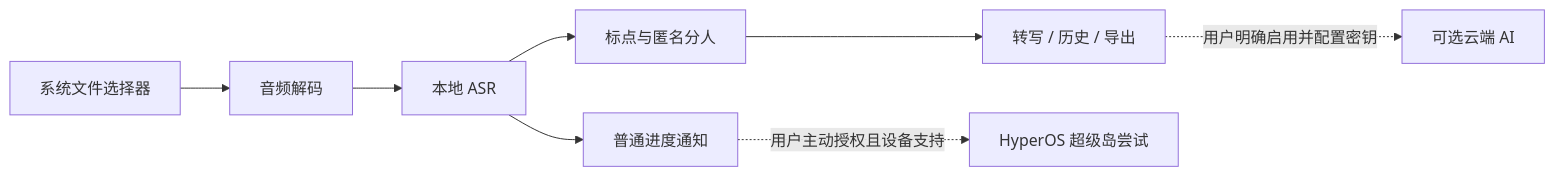
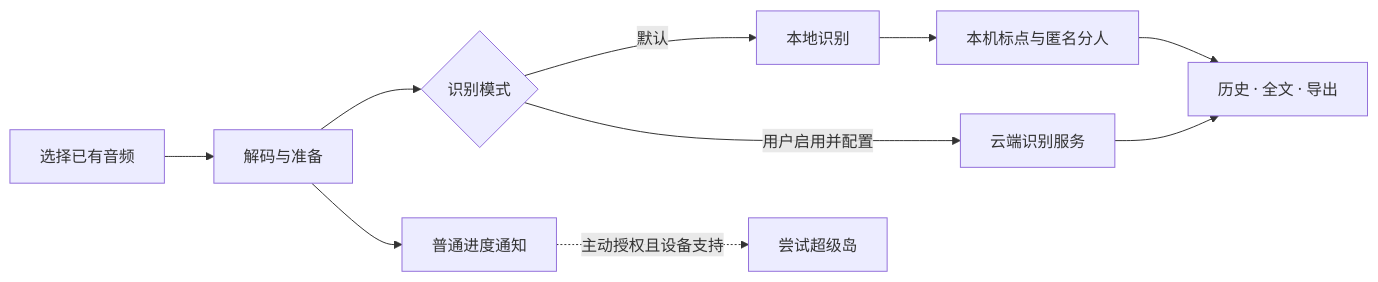
Before and after one commit to zy839971925-zyy/tingxiejian-android: the diagram in README.md, drawn with Mermaid. The commit also changed other lines of this file and 3 other files, not shown here.

````diff
--- a/README.md
+++ b/README.md
@@ -36,10 +53,12 @@
 ```mermaid
 flowchart LR
-    A[系统文件选择器] --> B[音频解码]
-    B --> C[本地 ASR]
-    C --> D[标点与匿名分人]
-    D --> E[转写 / 历史 / 导出]
-    C --> N[普通进度通知]
-    N -.用户主动授权且设备支持.-> I[HyperOS 超级岛尝试]
-    E -.用户明确启用并配置密钥.-> F[可选云端 AI]
+    A[选择已有音频] --> B[解码与准备]
+    B --> C{识别模式}
+    C -->|默认| D[本地识别]
+    C -->|用户启用并配置| E[云端识别服务]
+    D --> F[本机标点与匿名分人]
+    F --> G[历史 · 全文 · 导出]
+    E --> G
+    B --> N[普通进度通知]
+    N -.主动授权且设备支持.-> I[尝试超级岛]
 ```
````
